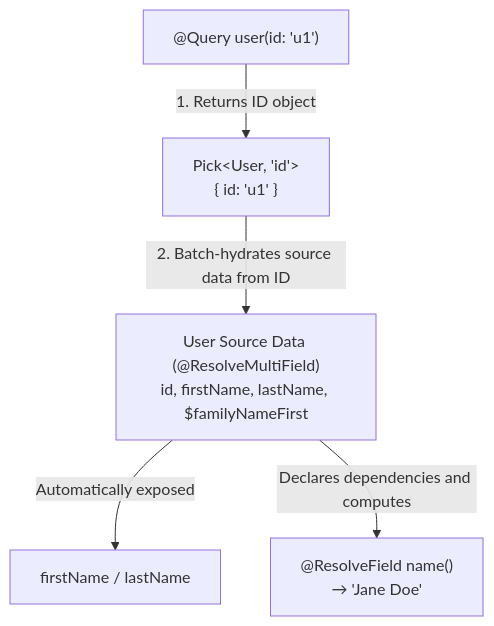
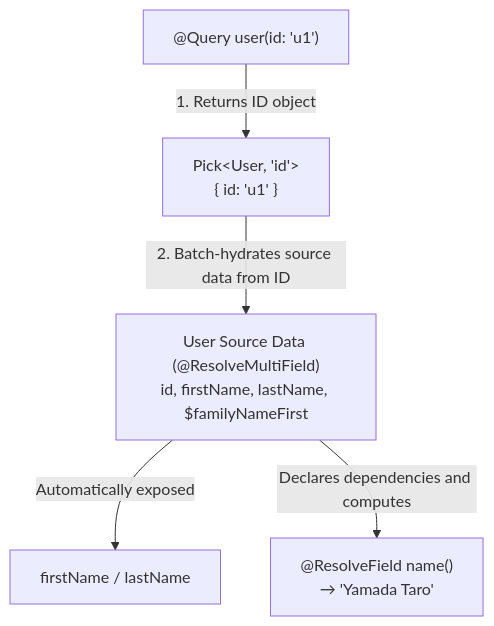
Before and after one commit to zeltjs/zelt: the second of 3 diagrams in website/docs/graphql.md, drawn with Mermaid. The commit also changed other lines of this file and 8 other files, not shown here.

First line of the commit message:
fix(graphql): resolve fields declared in model types

````diff
--- a/website/docs/graphql.md
+++ b/website/docs/graphql.md
@@ -183,8 +187,8 @@
 ```mermaid
 flowchart TD
     Query["@Query user(id: 'u1')"] -->|1. Returns ID object| UserID["Pick&lt;User, 'id'&gt;<br/>{ id: 'u1' }"]
     UserID -->|2. Batch-hydrates source data from ID| UserSource["User Source Data (@ResolveMultiField)<br/>id, firstName, lastName, $familyNameFirst"]
 
     UserSource -->|Automatically exposed| FieldFirst["firstName / lastName"]
-    UserSource -->|Declares dependencies and computes| FieldName["@ResolveField name()<br/>→ 'Jane Doe'"]
+    UserSource -->|Declares dependencies and computes| FieldName["@ResolveField name()<br/>→ 'Yamada Taro'"]
 ```
````
